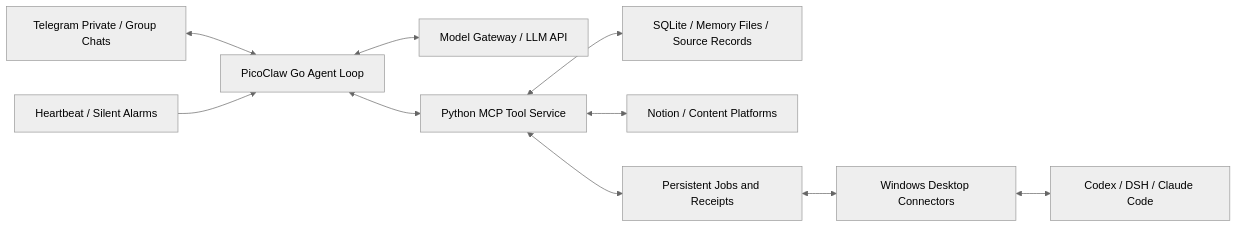
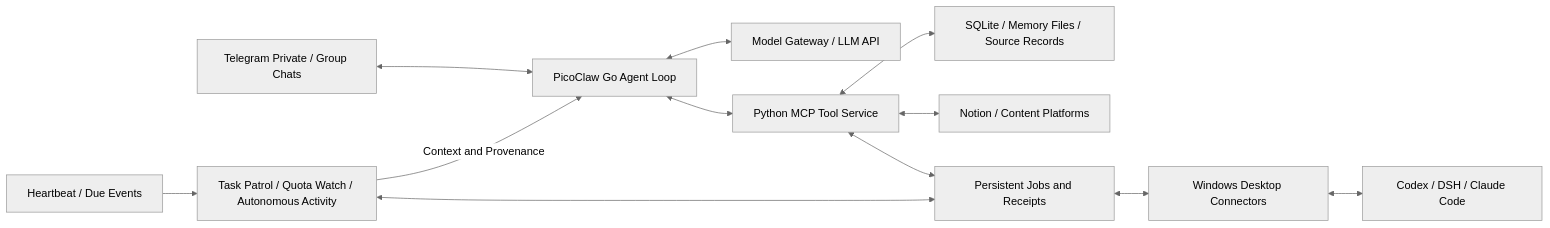
The diagram in README.en.md (laofeng-a/fatfish), drawn with Mermaid (neutral theme) before and after one commit. The commit also changed other lines of this file and 2 other files, not shown here.

Commit message:
Document task wakeup lifecycles, summary acceptance, and implementation entry points

````diff
--- a/README.en.md
+++ b/README.en.md
@@ -11,12 +11,14 @@
 ```mermaid
 flowchart LR
     Telegram[Telegram Private / Group Chats] <--> Gateway[PicoClaw Go Agent Loop]
     Gateway <--> Model[Model Gateway / LLM API]
     Gateway <--> MCP[Python MCP Tool Service]
     MCP <--> Data[SQLite / Memory Files / Source Records]
     MCP <--> External[Notion / Content Platforms]
     MCP <--> Jobs[Persistent Jobs and Receipts]
     Jobs <--> Bridge[Windows Desktop Connectors]
     Bridge <--> Agents[Codex / DSH / Claude Code]
-    Timer[Heartbeat / Silent Alarms] --> Gateway
+    Timer[Heartbeat / Due Events] --> Loops[Task Patrol / Quota Watch / Autonomous Activity]
+    Loops <--> Jobs
+    Loops -->|Context and Provenance| Gateway
 ```
````
